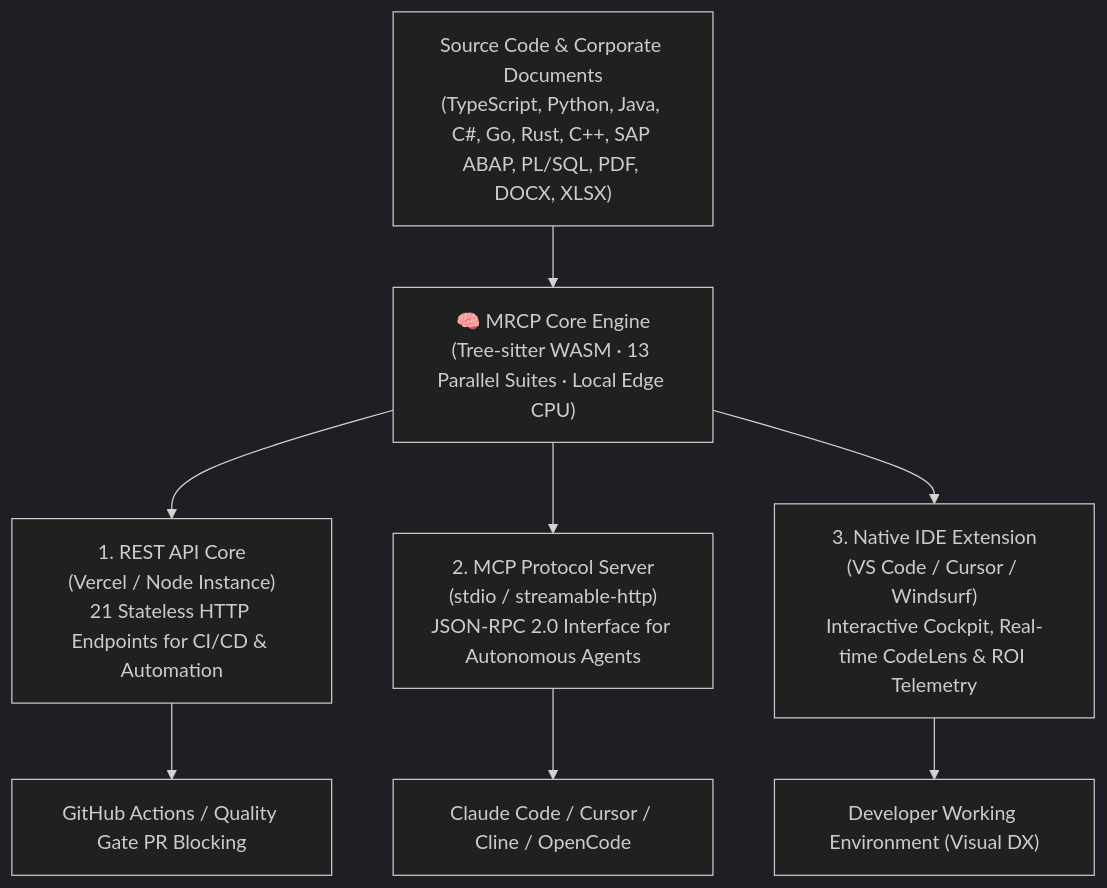
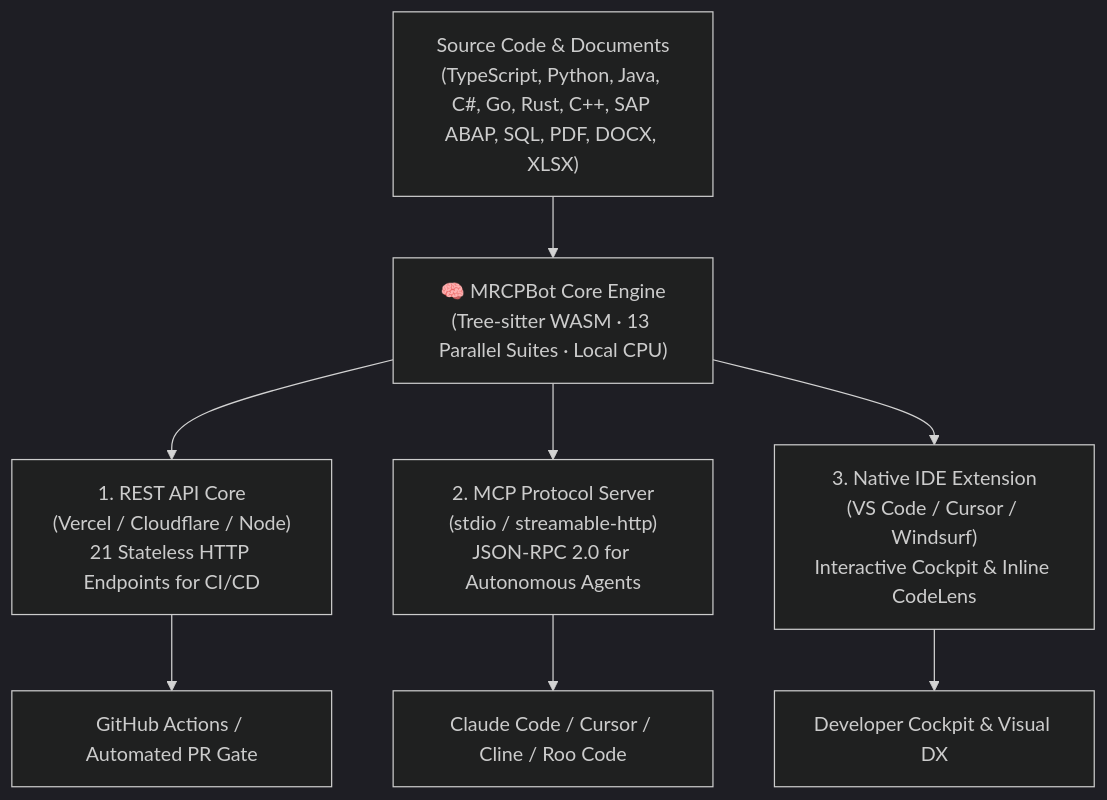
The second of 2 diagrams in README.md (faelscarpato/mrcpbot), drawn with Mermaid (dark theme) before and after one commit. The commit also changed other lines of this file and 41 other files, not shown here.

First line of the commit message:
chore: rename MRCP Engine to MRCPBot

````diff
--- a/README.md
+++ b/README.md
@@ -107,12 +108,12 @@
 ```mermaid
 flowchart TD
-    Repo["Source Code & Corporate Documents\n(TypeScript, Python, Java, C#, Go, Rust, C++, SAP ABAP, PL/SQL, PDF, DOCX, XLSX)"] --> Engine["🧠 MRCP Core Engine\n(Tree-sitter WASM · 13 Parallel Suites · Local Edge CPU)"]
+    Repo["Source Code & Documents\n(TypeScript, Python, Java, C#, Go, Rust, C++, SAP ABAP, SQL, PDF, DOCX, XLSX)"] --> Engine["🧠 MRCPBot Core Engine\n(Tree-sitter WASM · 13 Parallel Suites · Local CPU)"]
     
-    Engine --> L1["1. REST API Core\n(Vercel / Node Instance)\n21 Stateless HTTP Endpoints for CI/CD & Automation"]
-    Engine --> L2["2. MCP Protocol Server\n(stdio / streamable-http)\nJSON-RPC 2.0 Interface for Autonomous Agents"]
-    Engine --> L3["3. Native IDE Extension\n(VS Code / Cursor / Windsurf)\nInteractive Cockpit, Real-time CodeLens & ROI Telemetry"]
+    Engine --> L1["1. REST API Core\n(Vercel / Cloudflare / Node)\n21 Stateless HTTP Endpoints for CI/CD"]
+    Engine --> L2["2. MCP Protocol Server\n(stdio / streamable-http)\nJSON-RPC 2.0 for Autonomous Agents"]
+    Engine --> L3["3. Native IDE Extension\n(VS Code / Cursor / Windsurf)\nInteractive Cockpit & Inline CodeLens"]
 
-    L1 --> ExtApp["GitHub Actions / Quality Gate PR Blocking"]
-    L2 --> Agents["Claude Code / Cursor / Cline / OpenCode"]
-    L3 --> Dev["Developer Working Environment (Visual DX)"]
+    L1 --> ExtApp["GitHub Actions / Automated PR Gate"]
+    L2 --> Agents["Claude Code / Cursor / Cline / Roo Code"]
+    L3 --> Dev["Developer Cockpit & Visual DX"]
 ```
````
